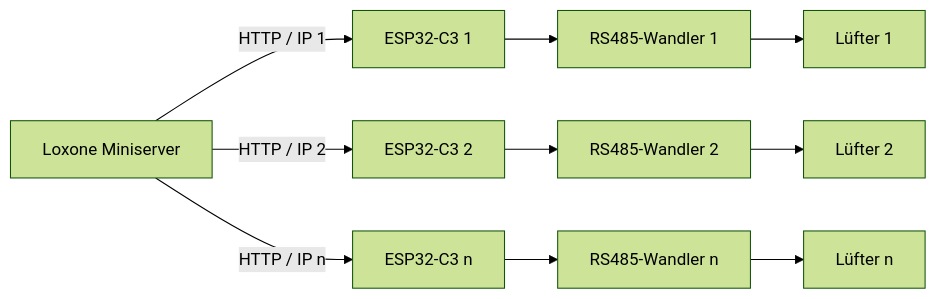
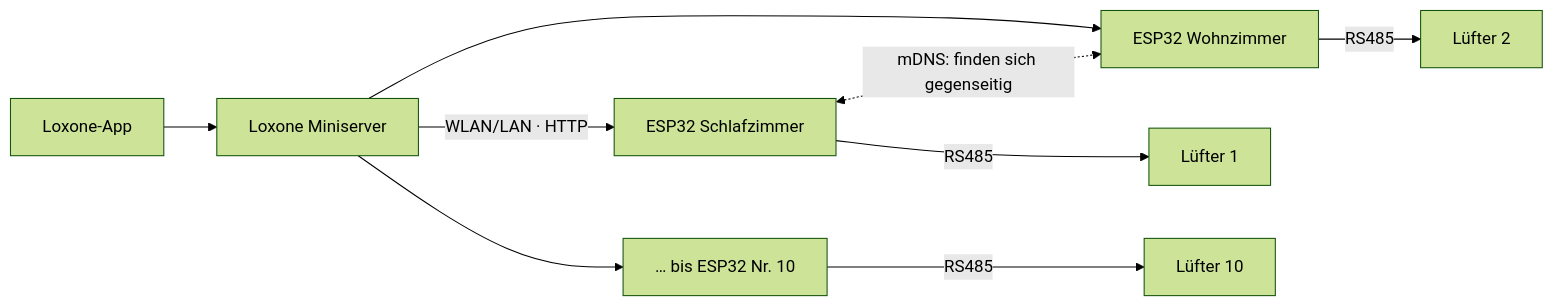
Before and after one commit to Philipp0493/ESP32-C3-Super-Mini-L-ftungssteuerung: the diagram in README.md, drawn with Mermaid (forest theme). The commit also changed other lines of this file and 26 other files, not shown here.

````diff
--- a/README.md
+++ b/README.md
@@ -10,9 +47,11 @@
 ```mermaid
 flowchart LR
-    L[Loxone Miniserver] -->|HTTP / IP 1| E1[ESP32-C3 1]
-    L -->|HTTP / IP 2| E2[ESP32-C3 2]
-    L -->|HTTP / IP n| EN[ESP32-C3 n]
-    E1 --> W1[RS485-Wandler 1] --> F1[Lüfter 1]
-    E2 --> W2[RS485-Wandler 2] --> F2[Lüfter 2]
-    EN --> WN[RS485-Wandler n] --> FN[Lüfter n]
+    APP[Loxone-App] --> MS[Loxone Miniserver]
+    MS -->|WLAN/LAN · HTTP| E1[ESP32 Schlafzimmer]
+    MS --> E2[ESP32 Wohnzimmer]
+    MS --> EN[… bis ESP32 Nr. 10]
+    E1 -->|RS485| F1[Lüfter 1]
+    E2 -->|RS485| F2[Lüfter 2]
+    EN -->|RS485| FN[Lüfter 10]
+    E1 <-. mDNS: finden sich gegenseitig .-> E2
 ```
````
